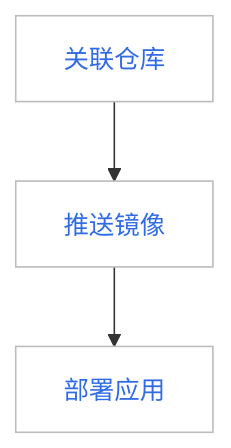
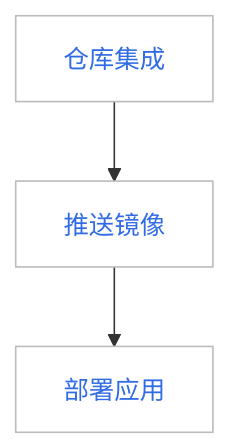
Before and after one commit to DaoCloud/DaoCloud-docs: the diagram in docs/zh/docs/kangaroo/quickstart/ws-admin-registry.md, drawn with Mermaid. The commit also changed other lines of this file and 14 other files, not shown here.

````diff
--- a/docs/zh/docs/kangaroo/quickstart/ws-admin-registry.md
+++ b/docs/zh/docs/kangaroo/quickstart/ws-admin-registry.md
@@ -19,15 +20,15 @@
 ```mermaid
 graph TB
 
-associate[关联仓库] --> push[推送镜像] --> deploy[部署应用]
+associate[仓库集成] --> push[推送镜像] --> deploy[部署应用]
 
 classDef plain fill:#ddd,stroke:#fff,stroke-width:1px,color:#000;
 classDef k8s fill:#326ce5,stroke:#fff,stroke-width:1px,color:#fff;
 classDef cluster fill:#fff,stroke:#bbb,stroke-width:1px,color:#326ce5;
 
 class associate,push,deploy cluster;
 
 click associate "https://docs.daocloud.io/kangaroo/related-registry/"
 click push "https://docs.daocloud.io/kangaroo/quickstart/push/"
 click deploy "https://docs.daocloud.io/kpanda/user-guide/workloads/create-deployment/"
 ```
````
